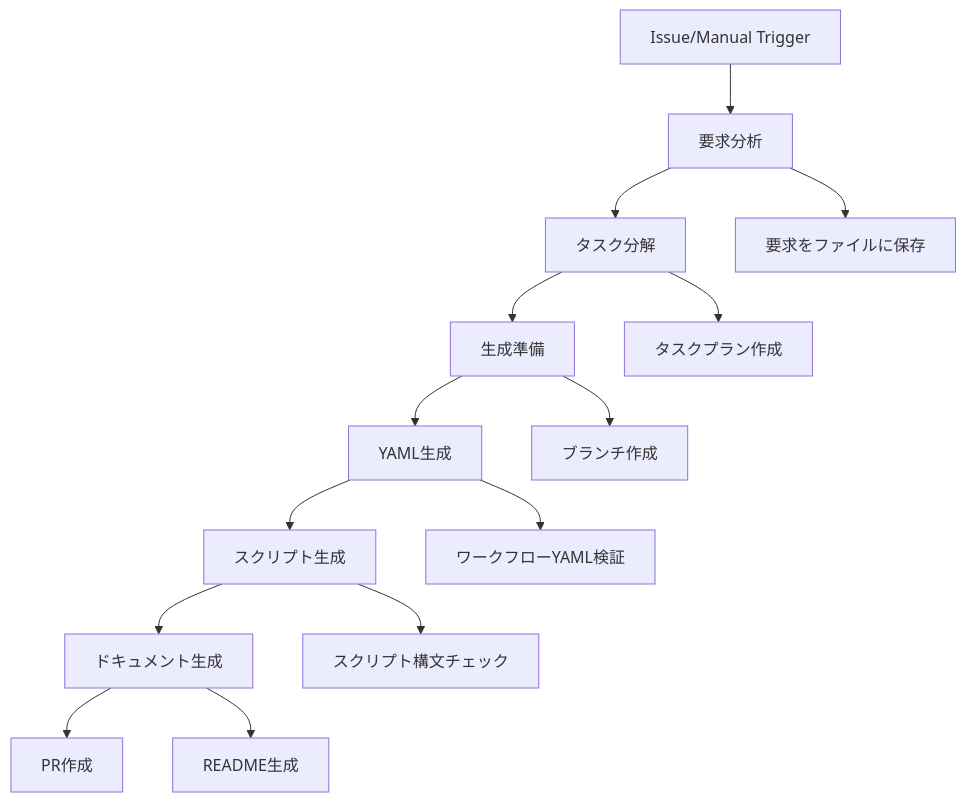
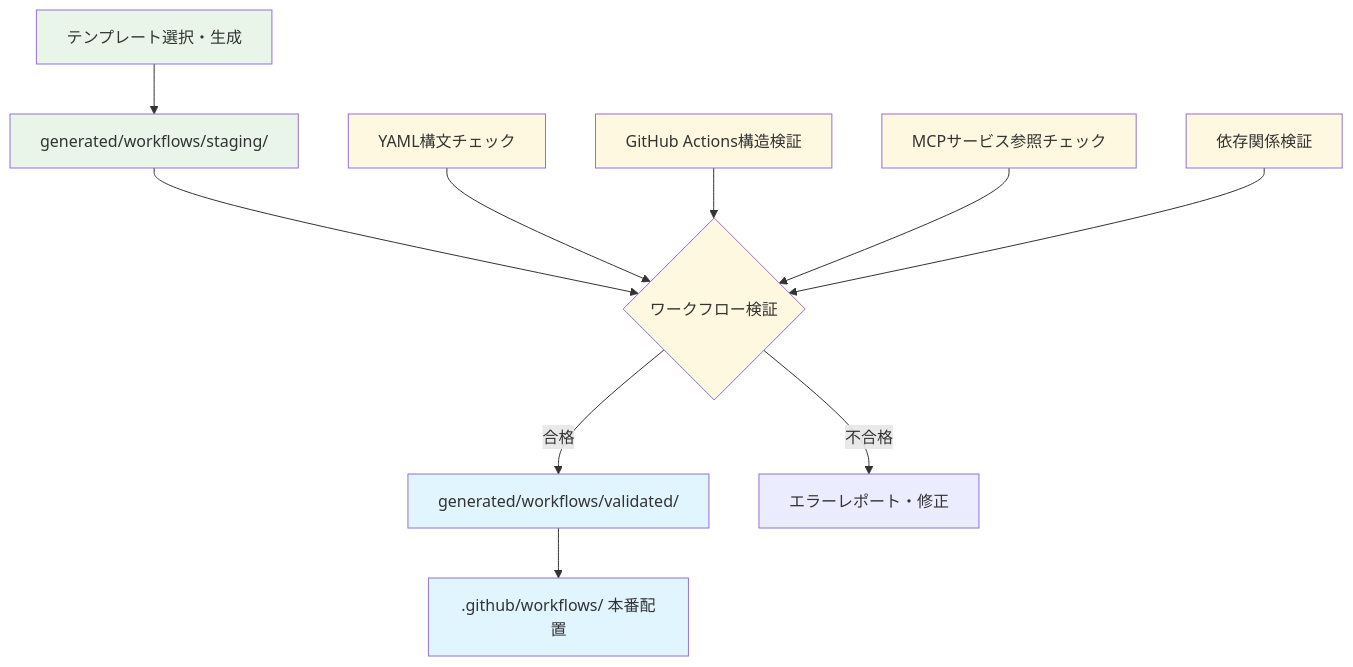
Before and after one commit to rossy8417/kamuicode_meta: the diagram in README.md, drawn with Mermaid. The commit also changed other lines of this file and 1 other file, not shown here.

````diff
--- a/README.md
+++ b/README.md
@@ -75,17 +97,23 @@
 ```mermaid
 graph TD
-    A[Issue/Manual Trigger] --> B[要求分析]
-    B --> C[タスク分解]
-    C --> D[生成準備]
-    D --> E[YAML生成]
-    E --> F[スクリプト生成]
-    F --> G[ドキュメント生成]
-    G --> H[PR作成]
+    A[テンプレート選択・生成] --> B[generated/workflows/staging/]
+    B --> C{ワークフロー検証}
+    C -->|合格| D[generated/workflows/validated/]
+    C -->|不合格| E[エラーレポート・修正]
+    D --> F[.github/workflows/ 本番配置]
     
-    B --> B1[要求をファイルに保存]
-    C --> C1[タスクプラン作成]
-    D --> D1[ブランチ作成]
-    E --> E1[ワークフローYAML検証]
-    F --> F1[スクリプト構文チェック]
-    G --> G1[README生成]
+    %% 検証内容
+    C1[YAML構文チェック] --> C
+    C2[GitHub Actions構造検証] --> C  
+    C3[MCPサービス参照チェック] --> C
+    C4[依存関係検証] --> C
+    
+    %% スタイリング
+    classDef stageNode fill:#e8f5e8
+    classDef validateNode fill:#fff8e1
+    classDef prodNode fill:#e1f5fe
+    
+    class A,B stageNode
+    class C,C1,C2,C3,C4 validateNode
+    class D,F prodNode
 ```
````
